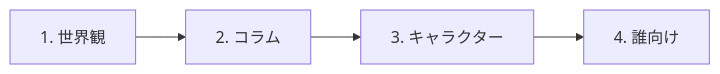
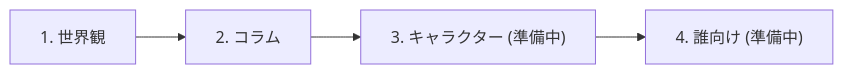
The diagram in README.md (maco165/anime-guide), drawn with Mermaid before and after one commit. The commit also changed other lines of this file, not shown here.

````diff
--- a/README.md
+++ b/README.md
@@ -28,4 +28,4 @@
 ```mermaid
 flowchart LR
-  A["1. 世界観"] --> B["2. コラム"] --> C["3. キャラクター"] --> D["4. 誰向け"]
+  A["1. 世界観"] --> B["2. コラム"] --> C["3. キャラクター (準備中)"] --> D["4. 誰向け (準備中)"]
 ```
````
